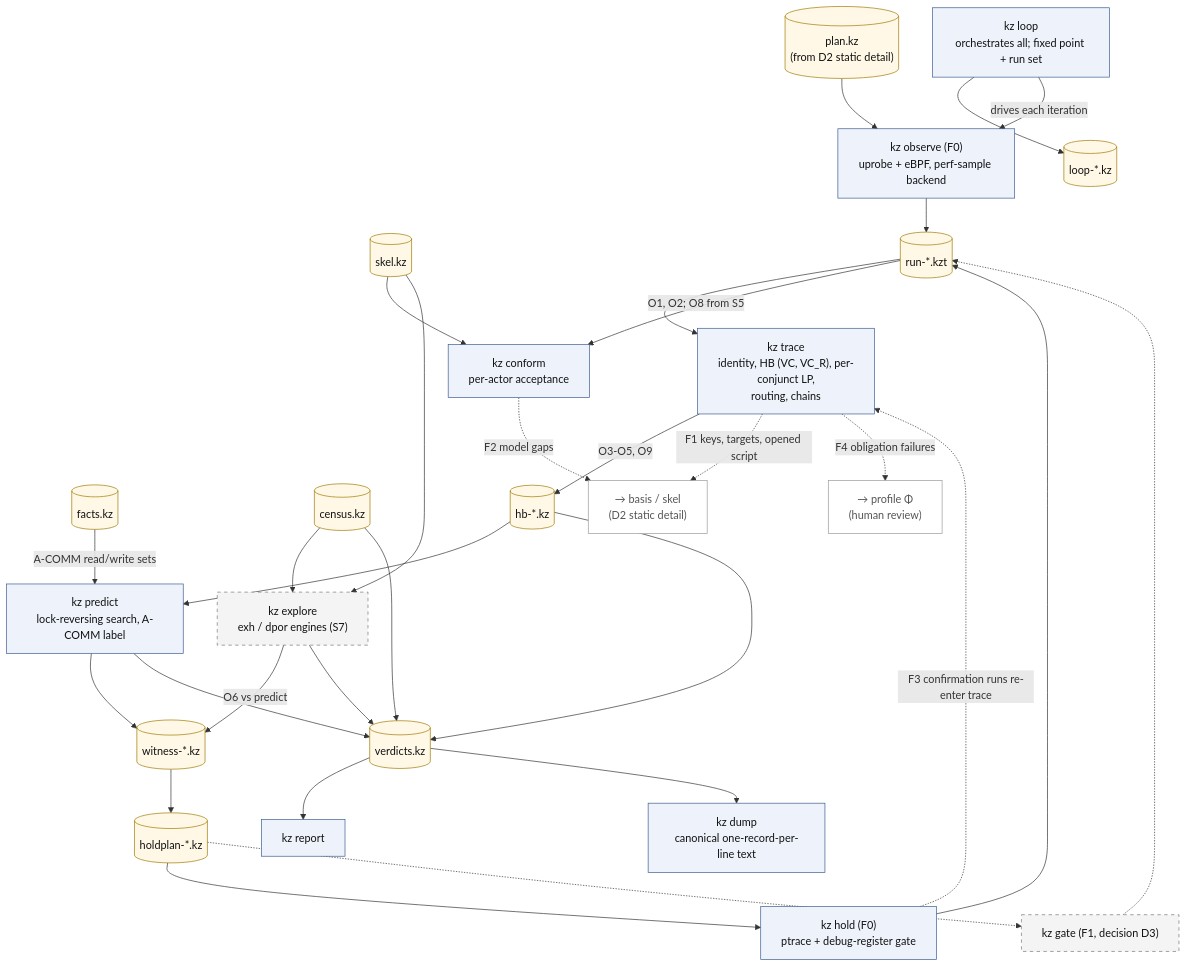
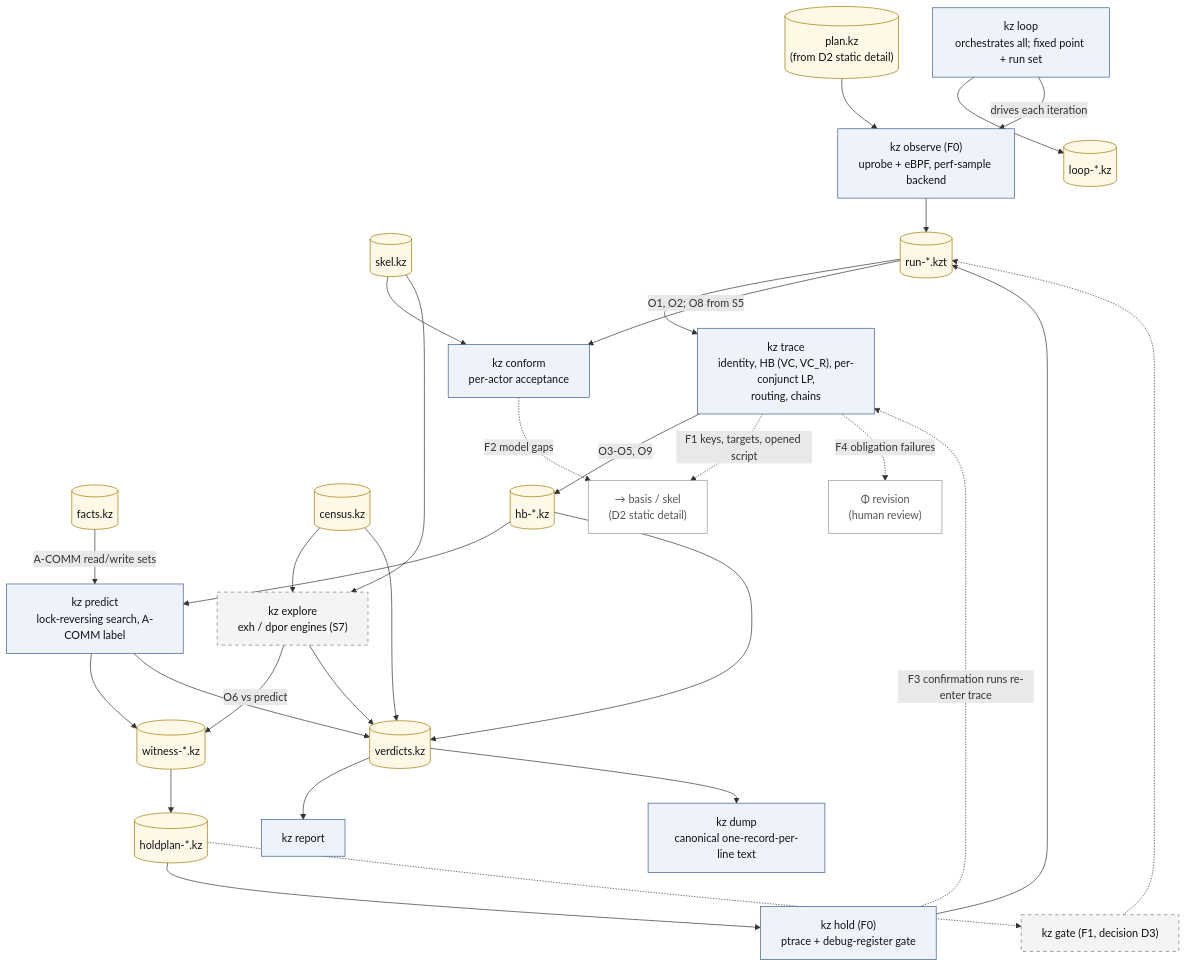
The diagram in research/cfs_procrace/Architecture/diagrams/D2_components_dynamic_detail.mmd (wookjaeya/Shape-Perf), drawn with Mermaid before and after one commit. The commit also changed 21 other files, not shown here.

First line of the commit message:
Architecture: Korean documents 01-10 checked and fixed (45 issues), 19 rendered diagrams, README index

```diff
--- a/research/cfs_procrace/Architecture/diagrams/D2_components_dynamic_detail.mmd
+++ b/research/cfs_procrace/Architecture/diagrams/D2_components_dynamic_detail.mmd
@@ -1,68 +1,68 @@
 flowchart TD
     %% D2 detail (2/2) - observation, concrete and operational interpreters, confirmation, verdicts, loop.
     %% Source: spec §12 D2; §2.2-2.5, §4.8-4.14.
     %% Dashed border = gated (explore: S7; gate: PI decision D3). Dashed edge = feedback F1-F4.
 
     PK[("plan.kz<br/>(from D2 static detail)")]
     SK[("skel.kz")]
     FK[("facts.kz")]
     CEN[("census.kz")]
 
     OBS["kz observe (F0)<br/>uprobe + eBPF, perf-sample backend"]
     RUN[("run-*.kzt")]
     TRC["kz trace<br/>identity, HB (VC, VC_R), per-conjunct LP,<br/>routing, chains"]
     HB[("hb-*.kz")]
     CNF["kz conform<br/>per-actor acceptance"]
     PRD["kz predict<br/>lock-reversing search, A-COMM label"]
     EXP["kz explore<br/>exh / dpor engines (S7)"]
     WIT[("witness-*.kz")]
     HPL[("holdplan-*.kz")]
     HLD["kz hold (F0)<br/>ptrace + debug-register gate"]
     GAT["kz gate (F1, decision D3)"]
     VER[("verdicts.kz")]
     REP["kz report"]
     DMP["kz dump<br/>canonical one-record-per-line text"]
     LOOP["kz loop<br/>orchestrates all; fixed point + run set"]
     LK[("loop-*.kz")]
 
     BASK["→ basis / skel<br/>(D2 static detail)"]
-    PROF["→ profile Φ<br/>(human review)"]
+    PROF["Φ revision<br/>(human review)"]
 
     PK --> OBS --> RUN
     RUN --> TRC
     TRC -->|"O3-O5, O9"| HB
     RUN -->|"O1, O2; O8 from S5"| CNF
     SK --> CNF
     HB --> PRD
     FK -->|"A-COMM read/write sets"| PRD
     PRD --> WIT
     SK --> EXP
     CEN --> EXP
     EXP -->|"O6 vs predict"| WIT
     WIT --> HPL
     HPL --> HLD
     HPL -.-> GAT
     HLD --> RUN
     GAT -.-> RUN
     CEN --> VER
     HB --> VER
     PRD --> VER
     EXP --> VER
     VER --> REP
     VER --> DMP
     LOOP --> LK
     LOOP -->|"drives each iteration"| OBS
 
     TRC -.->|"F1 keys, targets, opened script"| BASK
     CNF -.->|"F2 model gaps"| BASK
     HLD -.->|"F3 confirmation runs re-enter trace"| TRC
     TRC -.->|"F4 obligation failures"| PROF
 
     classDef comp fill:#eef3fb,stroke:#3b5b92,color:#111
     classDef art fill:#fff8e6,stroke:#a07a00,color:#111
     classDef gated fill:#f4f4f4,stroke:#777,stroke-dasharray:5 5,color:#111
     classDef ref fill:#ffffff,stroke:#999,color:#555
     class OBS,TRC,CNF,PRD,HLD,REP,DMP,LOOP comp
     class PK,SK,FK,CEN,RUN,HB,WIT,HPL,VER,LK art
     class EXP,GAT gated
     class BASK,PROF ref
```
